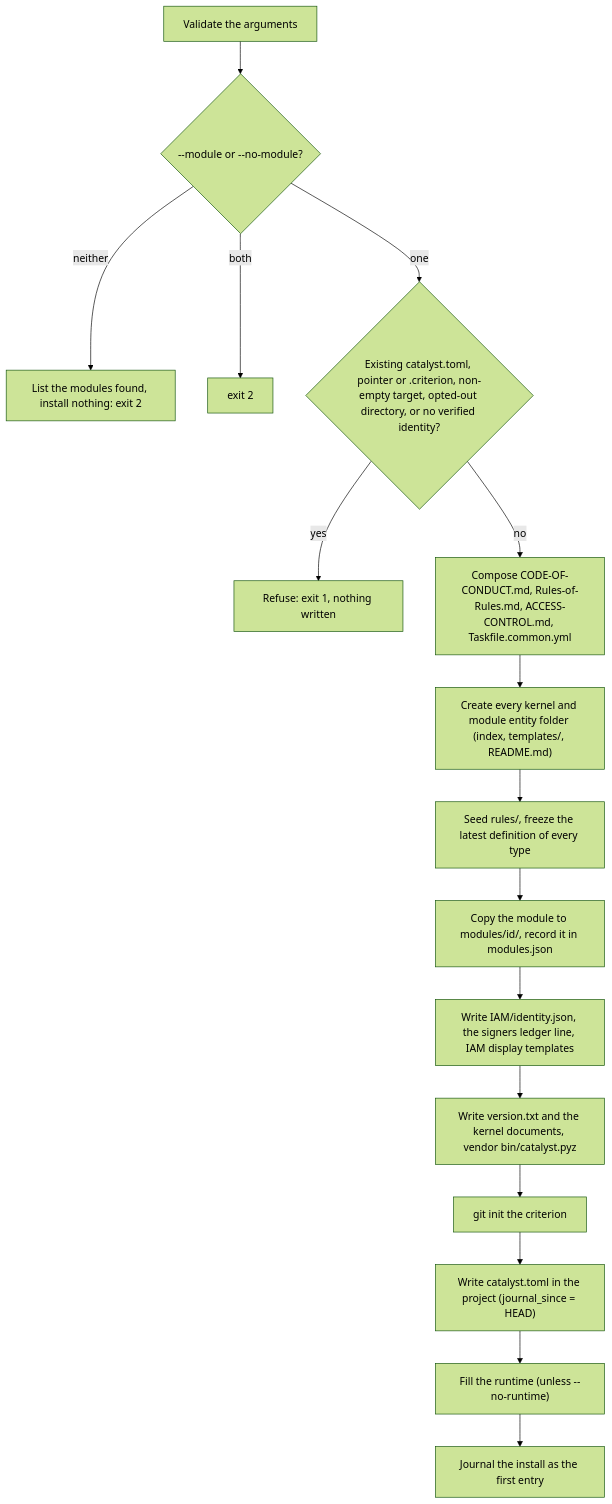
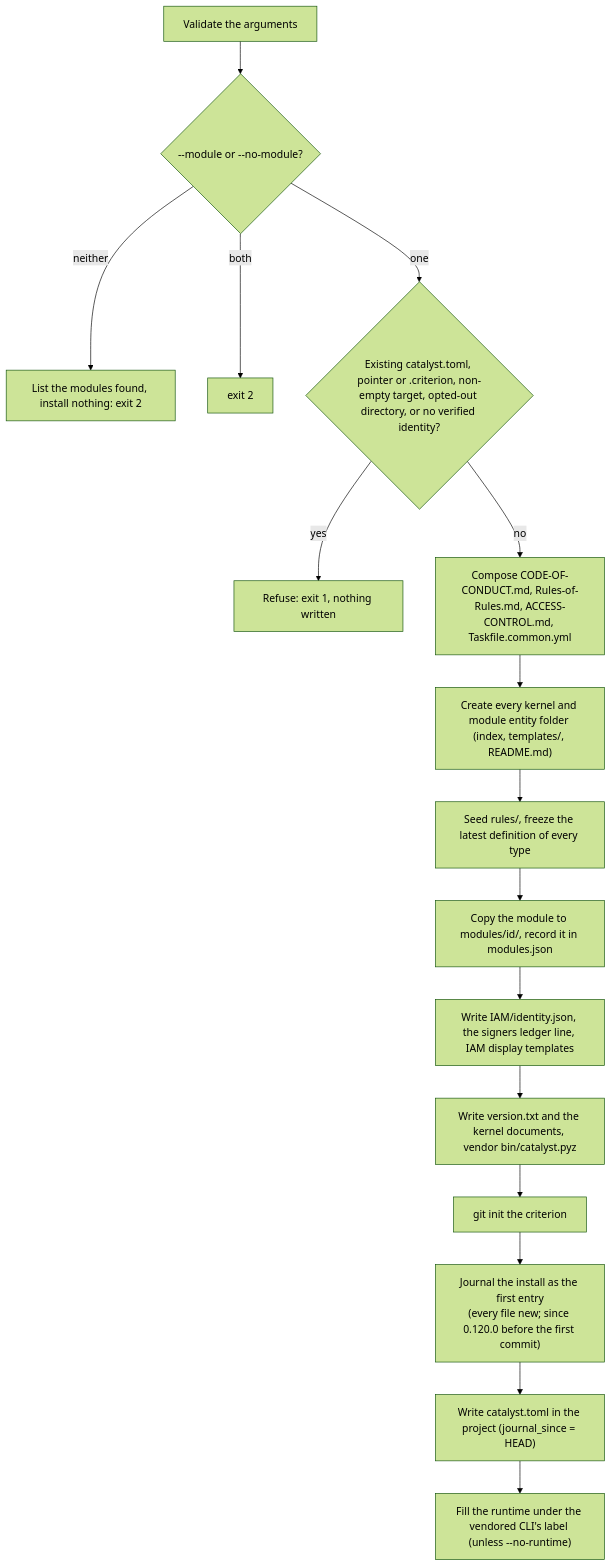
One commit to cantica-tech/catalyst-docs changed the seventh of 23 diagrams in docs/guide/manual/30-cli-catalyst.md. Above: the diagram before and after it, drawn with Mermaid (forest theme). The commit also changed other lines of this file and 9 other files, not shown here.

````diff
--- a/docs/guide/manual/30-cli-catalyst.md
+++ b/docs/guide/manual/30-cli-catalyst.md
@@ -665,18 +714,18 @@
 ```mermaid
 flowchart TD
     A["Validate the arguments"] --> B{"--module or --no-module?"}
     B -- neither --> L["List the modules found, install nothing: exit 2"]
     B -- both --> U["exit 2"]
     B -- one --> R{"Existing catalyst.toml, pointer or .criterion, non-empty target, opted-out directory, or no verified identity?"}
     R -- yes --> X["Refuse: exit 1, nothing written"]
     R -- no --> C["Compose CODE-OF-CONDUCT.md, Rules-of-Rules.md, ACCESS-CONTROL.md, Taskfile.common.yml"]
     C --> D["Create every kernel and module entity folder (index, templates/, README.md)"]
     D --> E["Seed rules/, freeze the latest definition of every type"]
     E --> F["Copy the module to modules/id/, record it in modules.json"]
     F --> G["Write IAM/identity.json, the signers ledger line, IAM display templates"]
     G --> H["Write version.txt and the kernel documents, vendor bin/catalyst.pyz"]
     H --> I["git init the criterion"]
-    I --> J["Write catalyst.toml in the project (journal_since = HEAD)"]
-    J --> K["Fill the runtime (unless --no-runtime)"]
-    K --> M["Journal the install as the first entry"]
+    I --> M["Journal the install as the first entry<br/>(every file new; since 0.120.0 before the first commit)"]
+    M --> J["Write catalyst.toml in the project (journal_since = HEAD)"]
+    J --> K["Fill the runtime under the vendored CLI's label (unless --no-runtime)"]
 ```
````
